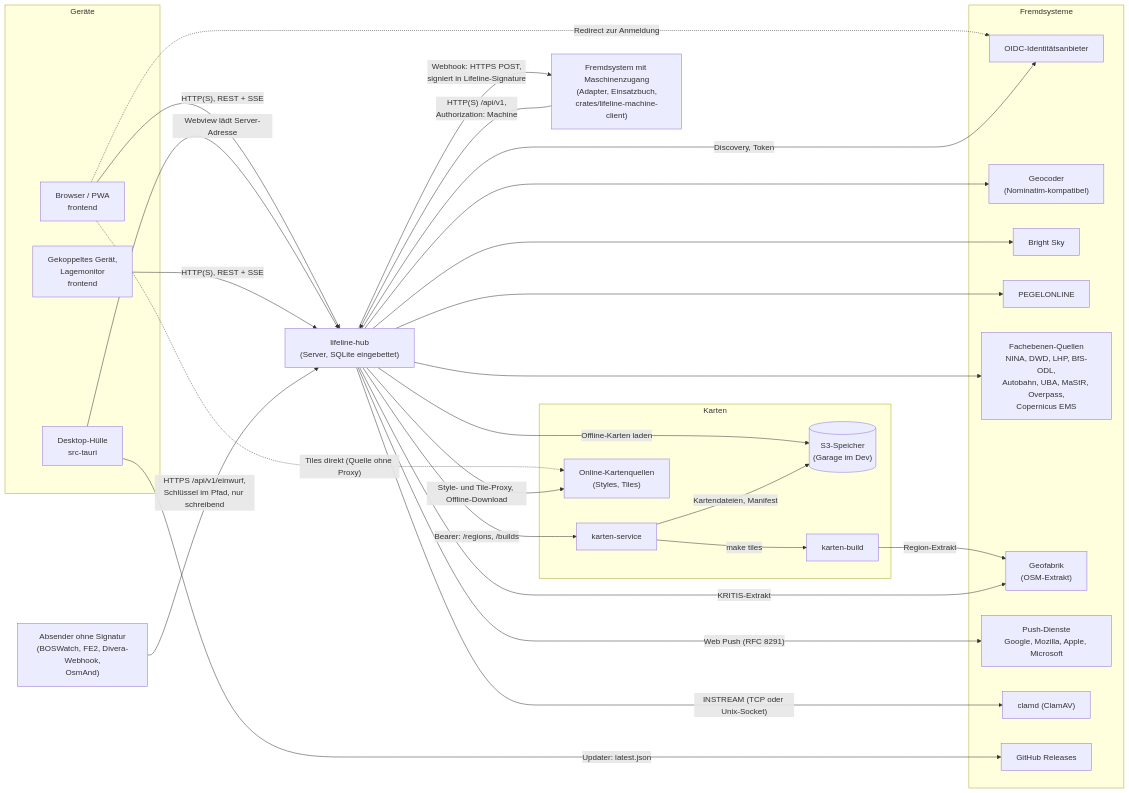
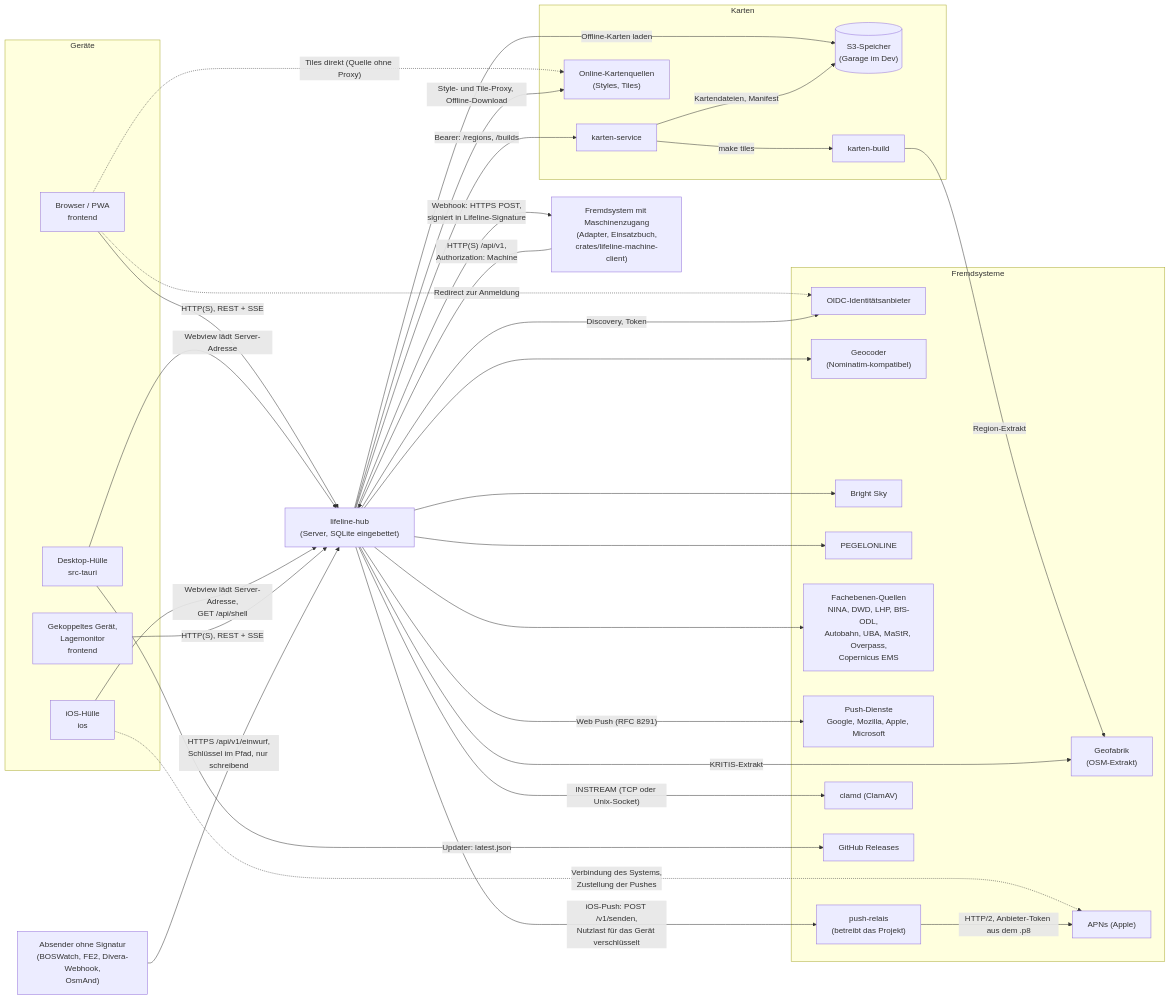
The diagram in docs/architektur/03-kontextabgrenzung.md (rubenvitt/lifeline-hub), drawn with Mermaid before and after one commit. The commit also changed other lines of this file and 14 other files, not shown here.

````diff
--- a/docs/architektur/03-kontextabgrenzung.md
+++ b/docs/architektur/03-kontextabgrenzung.md
@@ -28,57 +29,64 @@
 ```mermaid
 flowchart LR
   subgraph geraete["Geräte"]
     browser["Browser / PWA<br/>frontend"]
     huelle["Desktop-Hülle<br/>src-tauri"]
+    ios["iOS-Hülle<br/>ios"]
     geraet["Gekoppeltes Gerät,<br/>Lagemonitor<br/>frontend"]
   end
 
   maschine["Fremdsystem mit Maschinenzugang<br/>(Adapter, Einsatzbuch,<br/>crates/lifeline-machine-client)"]
   absender["Absender ohne Signatur<br/>(BOSWatch, FE2, Divera-Webhook,<br/>OsmAnd)"]
 
   hub["lifeline-hub<br/>(Server, SQLite eingebettet)"]
 
   subgraph karten["Karten"]
     ks["karten-service"]
     s3[("S3-Speicher<br/>(Garage im Dev)")]
     kb["karten-build"]
     online["Online-Kartenquellen<br/>(Styles, Tiles)"]
   end
 
   subgraph fremd["Fremdsysteme"]
     idp["OIDC-Identitätsanbieter"]
     nominatim["Geocoder<br/>(Nominatim-kompatibel)"]
     brightsky["Bright Sky"]
     pegel["PEGELONLINE"]
     fach["Fachebenen-Quellen<br/>NINA, DWD, LHP, BfS-ODL,<br/>Autobahn, UBA, MaStR, Overpass,<br/>Copernicus EMS"]
     geofabrik["Geofabrik<br/>(OSM-Extrakt)"]
     push["Push-Dienste<br/>Google, Mozilla, Apple, Microsoft"]
+    relais["push-relais<br/>(betreibt das Projekt)"]
+    apns["APNs (Apple)"]
     clamd["clamd (ClamAV)"]
     gh["GitHub Releases"]
   end
 
   browser -- "HTTP(S), REST + SSE" --> hub
   huelle -- "Webview lädt Server-Adresse" --> hub
+  ios -- "Webview lädt Server-Adresse,<br/>GET /api/shell" --> hub
+  ios -. "Verbindung des Systems,<br/>Zustellung der Pushes" .-> apns
   geraet -- "HTTP(S), REST + SSE" --> hub
   maschine -- "HTTP(S) /api/v1,<br/>Authorization: Machine" --> hub
   absender -- "HTTPS /api/v1/einwurf,<br/>Schlüssel im Pfad, nur schreibend" --> hub
   browser -. "Redirect zur Anmeldung" .-> idp
   browser -. "Tiles direkt (Quelle ohne Proxy)" .-> online
   huelle -- "Updater: latest.json" --> gh
 
   hub -- "Discovery, Token" --> idp
   hub -- "Style- und Tile-Proxy, Offline-Download" --> online
   hub -- "Bearer: /regions, /builds" --> ks
   hub -- "Offline-Karten laden" --> s3
   ks -- "Kartendateien, Manifest" --> s3
   ks -- "make tiles" --> kb
   kb -- "Region-Extrakt" --> geofabrik
   hub --> nominatim
   hub --> brightsky
   hub --> pegel
   hub --> fach
   hub -- "KRITIS-Extrakt" --> geofabrik
   hub -- "Web Push (RFC 8291)" --> push
+  hub -- "iOS-Push: POST /v1/senden,<br/>Nutzlast für das Gerät verschlüsselt" --> relais
+  relais -- "HTTP/2, Anbieter-Token aus dem .p8" --> apns
   hub -- "Webhook: HTTPS POST,<br/>signiert in Lifeline-Signature" --> maschine
   hub -- "INSTREAM (TCP oder Unix-Socket)" --> clamd
 ```
````
